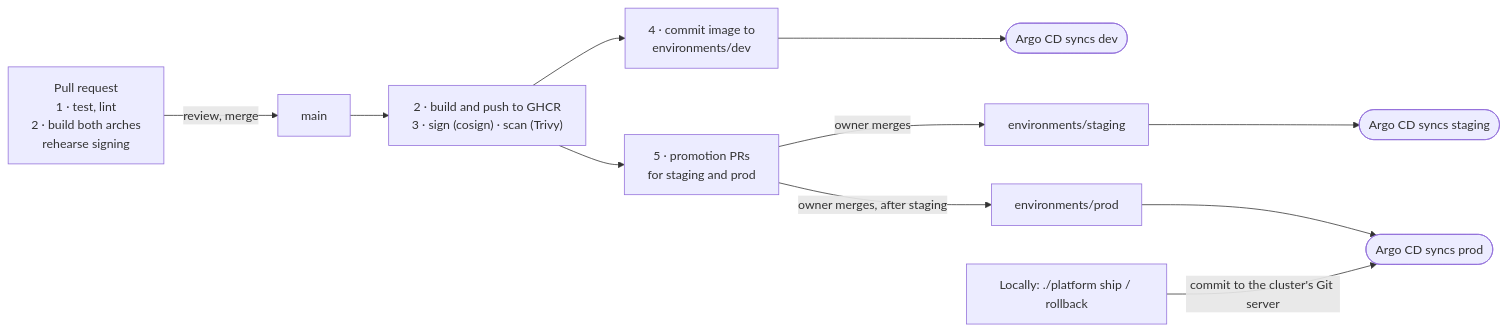
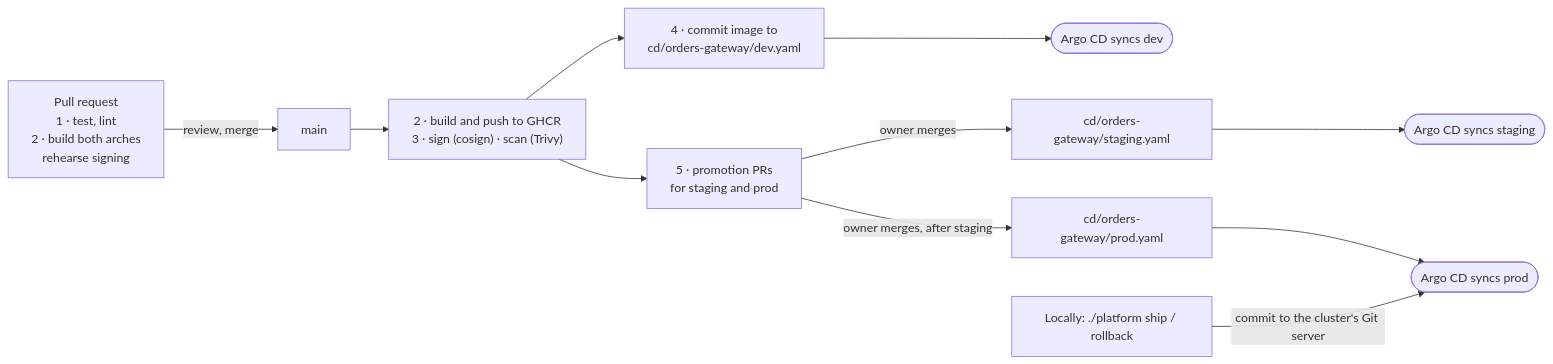
One commit to iantest11111989/orders-gateway-platform changed the second of 2 diagrams in README.md. Above: the diagram before and after it, drawn with Mermaid. The commit also changed other lines of this file and 163 other files, not shown here.

````diff
--- a/README.md
+++ b/README.md
@@ -222,13 +222,13 @@
 ```mermaid
 flowchart LR
   pr["Pull request<br/>1 · test, lint<br/>2 · build both arches<br/>rehearse signing"] -->|review, merge| main["main"]
   main --> build["2 · build and push to GHCR<br/>3 · sign (cosign) · scan (Trivy)"]
-  build --> devc["4 · commit image to<br/>environments/dev"]
+  build --> devc["4 · commit image to<br/>cd/orders-gateway/dev.yaml"]
   devc --> devs(["Argo CD syncs dev"])
   build --> prs["5 · promotion PRs<br/>for staging and prod"]
-  prs -->|"owner merges"| stc["environments/staging"]
+  prs -->|"owner merges"| stc["cd/orders-gateway/staging.yaml"]
   stc --> sts(["Argo CD syncs staging"])
-  prs -->|"owner merges, after staging"| prc["environments/prod"]
+  prs -->|"owner merges, after staging"| prc["cd/orders-gateway/prod.yaml"]
   prc --> prs2(["Argo CD syncs prod"])
   localship["Locally: ./platform ship / rollback"] -->|"commit to the cluster's Git server"| prs2
 ```
````
